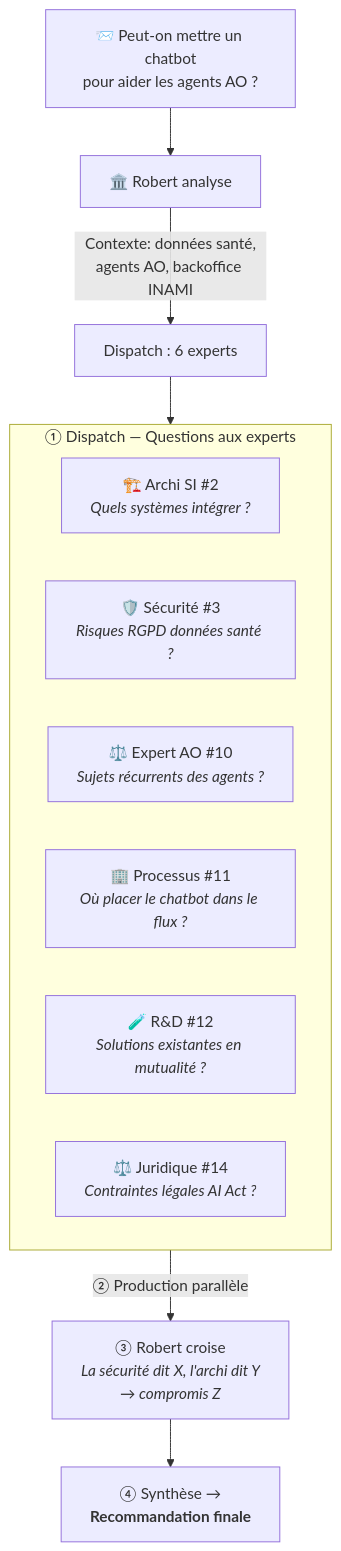
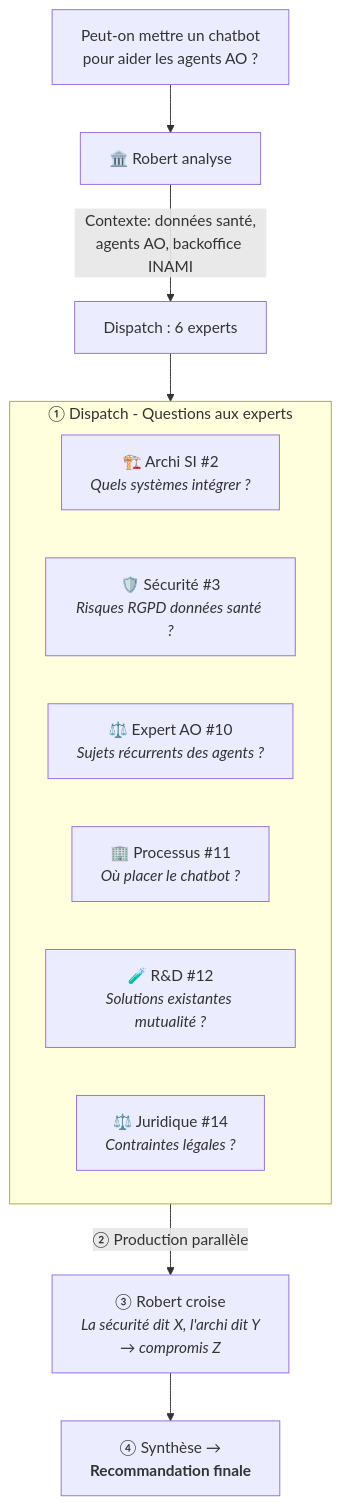
One commit to christophedanhier-hash/BAVI_LEO changed the second of 9 diagrams in docs/wiki/agent-pro/bureau-robert/evolution-bureau-robert-v2-ia-business.md. Above: the diagram before and after it, drawn with Mermaid. The commit also changed other lines of this file and 3 other files, not shown here.

````diff
--- a/docs/wiki/agent-pro/bureau-robert/evolution-bureau-robert-v2-ia-business.md
+++ b/docs/wiki/agent-pro/bureau-robert/evolution-bureau-robert-v2-ia-business.md
@@ -182,21 +91,21 @@
 ```mermaid
 flowchart TB
-    Q["📨 Peut-on mettre un chatbot<br>pour aider les agents AO ?"]
+    Q["Peut-on mettre un chatbot<br>pour aider les agents AO ?"]
 
     Q --> R[🏛️ Robert analyse]
-    R -->|"Contexte: données santé,<br>agents AO, backoffice INAMI"| D["Dispatch : 6 experts"]
+    R -->|Contexte: données santé,<br>agents AO, backoffice INAMI| D[Dispatch : 6 experts]
 
-    subgraph DISPATCH [① Dispatch — Questions aux experts]
+    subgraph DISPATCH [① Dispatch - Questions aux experts]
         A2["🏗️ Archi SI #2<br><i>Quels systèmes intégrer ?</i>"]
         A3["🛡️ Sécurité #3<br><i>Risques RGPD données santé ?</i>"]
         A10["⚖️ Expert AO #10<br><i>Sujets récurrents des agents ?</i>"]
-        A11["🏢 Processus #11<br><i>Où placer le chatbot dans le flux ?</i>"]
-        A12["🧪 R&D #12<br><i>Solutions existantes en mutualité ?</i>"]
-        A14["⚖️ Juridique #14<br><i>Contraintes légales AI Act ?</i>"]
+        A11["🏢 Processus #11<br><i>Où placer le chatbot ?</i>"]
+        A12["🧪 R&D #12<br><i>Solutions existantes mutualité ?</i>"]
+        A14["⚖️ Juridique #14<br><i>Contraintes légales ?</i>"]
     end
 
     D --> DISPATCH
 
-    DISPATCH -->|"② Production parallèle"| CROISE["③ Robert croise<br><i>La sécurité dit X, l'archi dit Y<br>→ compromis Z</i>"]
-    CROISE --> SYN["④ Synthèse →<br><b>Recommandation finale</b>"]
+    DISPATCH -->|② Production parallèle| CROISE[③ Robert croise<br><i>La sécurité dit X, l'archi dit Y<br>→ compromis Z</i>]
+    CROISE --> SYN[④ Synthèse →<br><b>Recommandation finale</b>]
 ```
````
